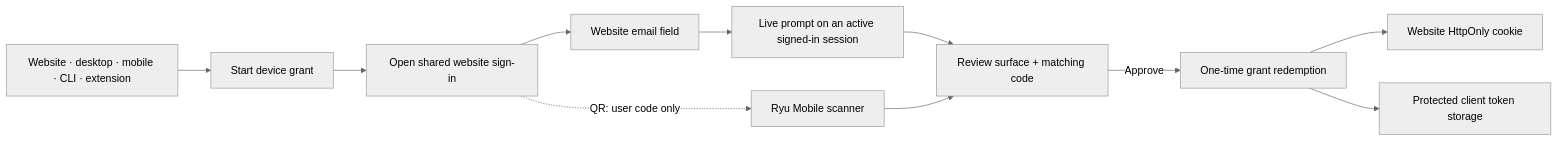
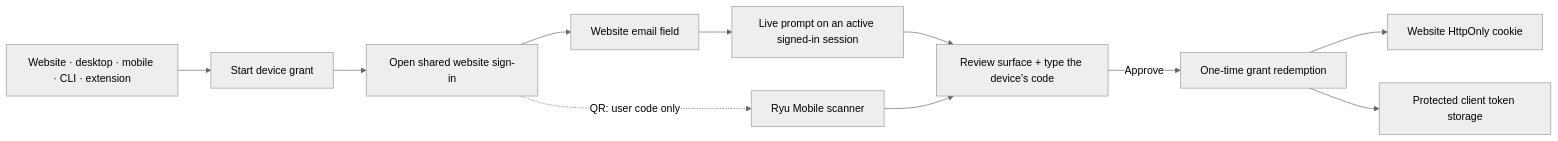
Before and after one commit to amajorai/ryu-docs: the first of 5 diagrams in content/docs/security/authentication-devices.mdx, drawn with Mermaid (neutral theme). The commit also changed other lines of this file and 257 other files, not shown here.

````diff
--- a/content/docs/security/authentication-devices.mdx
+++ b/content/docs/security/authentication-devices.mdx
@@ -33,13 +38,13 @@
 ```mermaid
 flowchart LR
   Requester["Website · desktop · mobile · CLI · extension"] --> Start["Start device grant"]
   Start --> Website["Open shared website sign-in"]
   Website --> Email["Website email field"]
   Email --> Prompt["Live prompt on an active signed-in session"]
-  Prompt --> Review["Review surface + matching code"]
+  Prompt --> Review["Review surface + type the device's code"]
   Review -->|"Approve"| Redeem["One-time grant redemption"]
   Redeem --> Cookie["Website HttpOnly cookie"]
   Redeem --> Vault["Protected client token storage"]
   Website -. "QR: user code only" .-> Scan["Ryu Mobile scanner"]
   Scan --> Review
 ```
````
